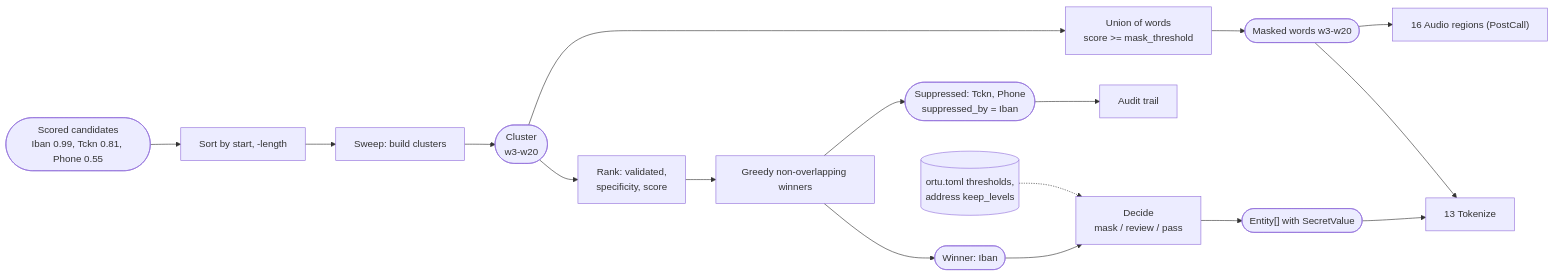
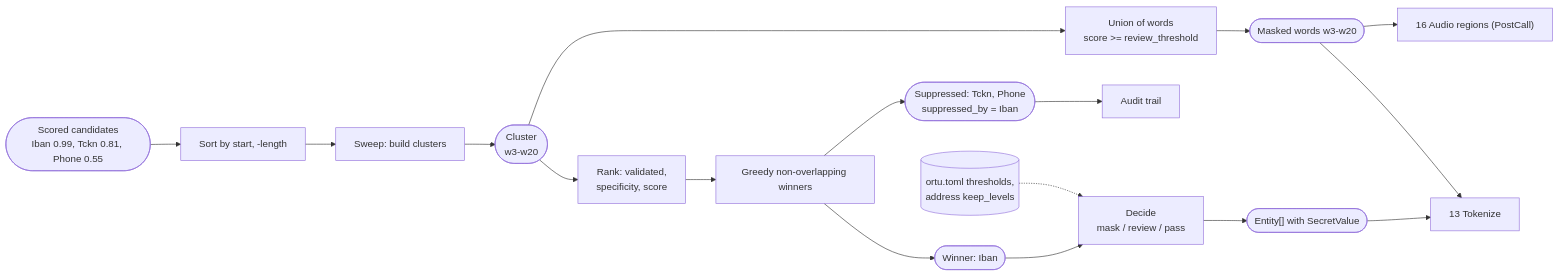
One commit to aral-by/ortu changed the first of 2 diagrams in docs/algorithms/11-conflict-resolution.md. Above: the diagram before and after it, drawn with Mermaid. The commit also changed other lines of this file and 10 other files, not shown here.

````diff
--- a/docs/algorithms/11-conflict-resolution.md
+++ b/docs/algorithms/11-conflict-resolution.md
@@ -22,19 +22,19 @@
 ```mermaid
 flowchart LR
     IN(["Scored candidates<br/>Iban 0.99, Tckn 0.81, Phone 0.55"]) --> S1["Sort by start, -length"]
     S1 --> S2["Sweep: build clusters"]
     S2 --> CL(["Cluster<br/>w3-w20"])
     CL --> S3["Rank: validated,<br/>specificity, score"]
     S3 --> S4["Greedy non-overlapping winners"]
     S4 --> WIN(["Winner: Iban"])
     S4 --> SUP(["Suppressed: Tckn, Phone<br/>suppressed_by = Iban"])
-    CL --> S5["Union of words<br/>score >= mask_threshold"]
+    CL --> S5["Union of words<br/>score >= review_threshold"]
     S5 --> MW(["Masked words w3-w20"])
     WIN --> S6["Decide<br/>mask / review / pass"]
     POL[("ortu.toml thresholds,<br/>address keep_levels")] -.-> S6
     S6 --> ENT(["Entity[] with SecretValue"])
     ENT --> T13["13 Tokenize"]
     MW --> T13
     MW --> A16["16 Audio regions (PostCall)"]
     SUP --> AUD["Audit trail"]
 ```
````
